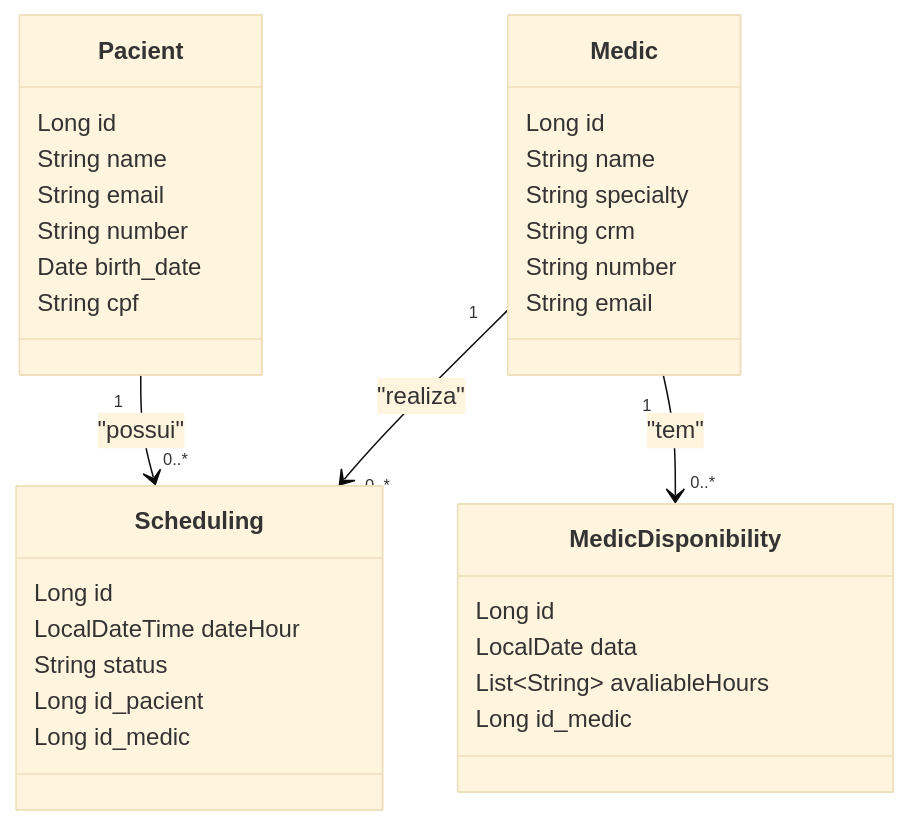
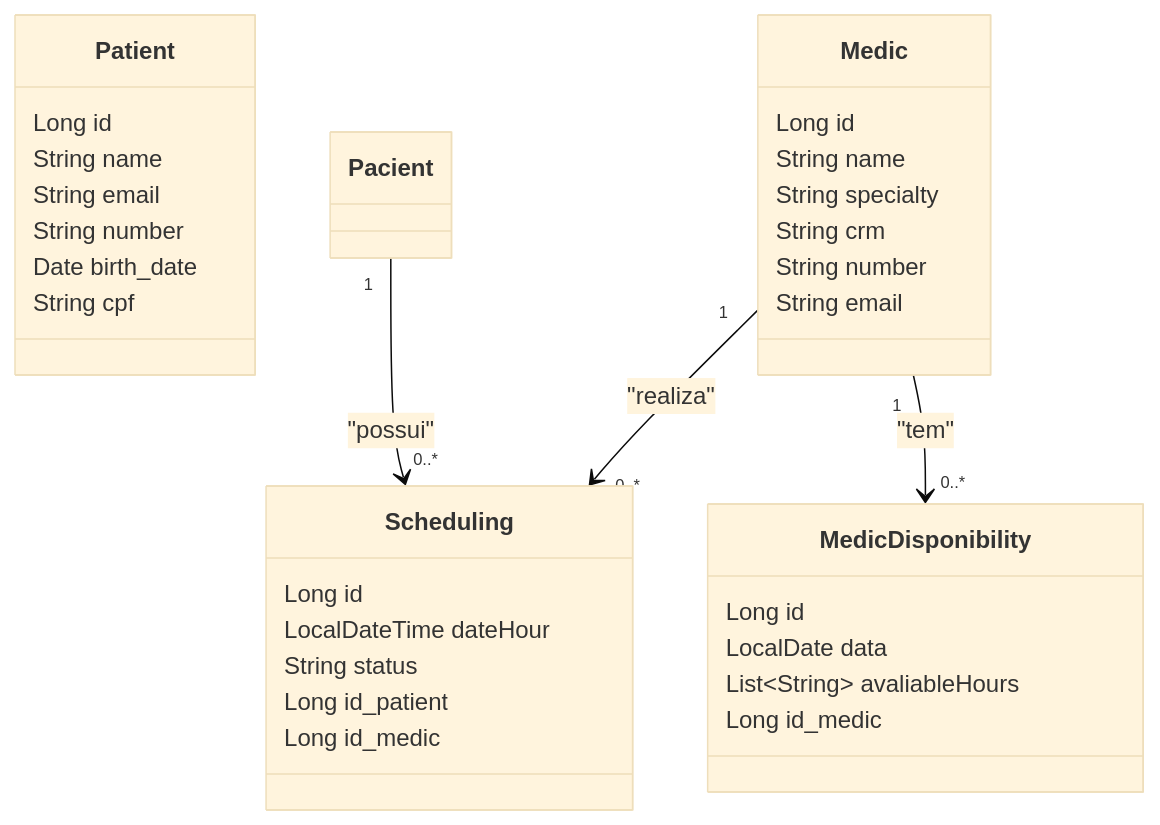
The diagram in README.md (devyank1/hospital-management), drawn with Mermaid (base theme) before and after one commit. The commit also changed other lines of this file, not shown here.

````diff
--- a/README.md
+++ b/README.md
@@ -5,39 +38,39 @@
 ```mermaid
 classDiagram
-    class Pacient {
+    class Patient {
         Long id
         String name
         String email
         String number
         Date birth_date
         String cpf
     }
 
     class Medic {
         Long id
         String name
         String specialty
         String crm
         String number
         String email
     }
 
    class MedicDisponibility {
         Long id
         LocalDate data
         List~String~ avaliableHours
         Long id_medic
     }
 
     class Scheduling {
         Long id
         LocalDateTime dateHour
         String status
-        Long id_pacient
+        Long id_patient
         Long id_medic
     }
 
     Pacient "1" --> "0..*" Scheduling : "possui"
     Medic "1" --> "0..*" Scheduling : "realiza"
     Medic "1" --> "0..*" MedicDisponibility : "tem"
 ```
````
